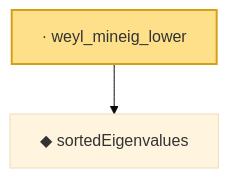
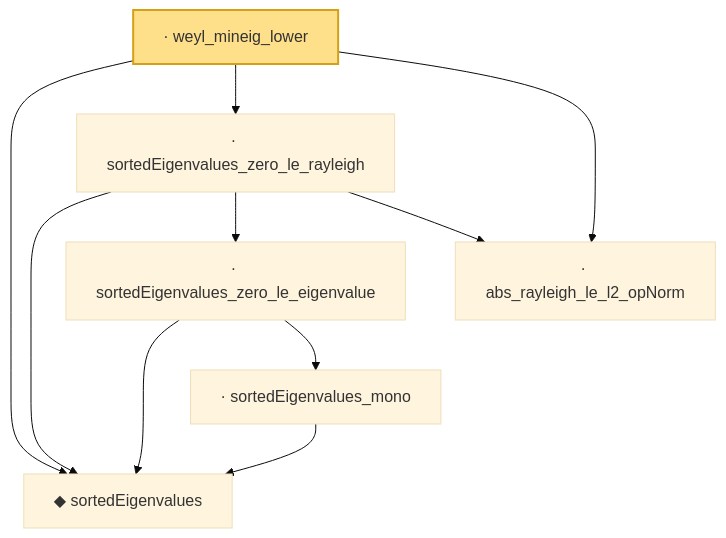
The diagram in public/narratives/HighDim/weyl_mineig_lower.md (statopia/statlib-site), drawn with Mermaid (base theme) before and after one commit. The commit also changed other lines of this file and 1165 other files, not shown here.

First line of the commit message:
feat: restructure to 6 pages + regenerate knowledge graph from main

````diff
--- a/public/narratives/HighDim/weyl_mineig_lower.md
+++ b/public/narratives/HighDim/weyl_mineig_lower.md
@@ -13,9 +17,21 @@
 ```mermaid
 flowchart TD
   n0["◆ sortedEigenvalues"]
-  n1["· weyl_mineig_lower"]
+  n1["· sortedEigenvalues_mono"]
+  n2["· sortedEigenvalues_zero_le_eigenvalue"]
+  n3["· abs_rayleigh_le_l2_opNorm"]
+  n4["· sortedEigenvalues_zero_le_rayleigh"]
+  n5["· weyl_mineig_lower"]
   n1 --> n0
-  class n1 headline;
+  n2 --> n0
+  n2 --> n1
+  n4 --> n0
+  n4 --> n2
+  n4 --> n3
+  n5 --> n0
+  n5 --> n4
+  n5 --> n3
+  class n5 headline;
   classDef headline fill:#ffe08a,stroke:#d4a017,stroke-width:2px;
   classDef axiomNode fill:#ffd0d0,stroke:#c0392b,stroke-dasharray:4 2;
 ```
````
